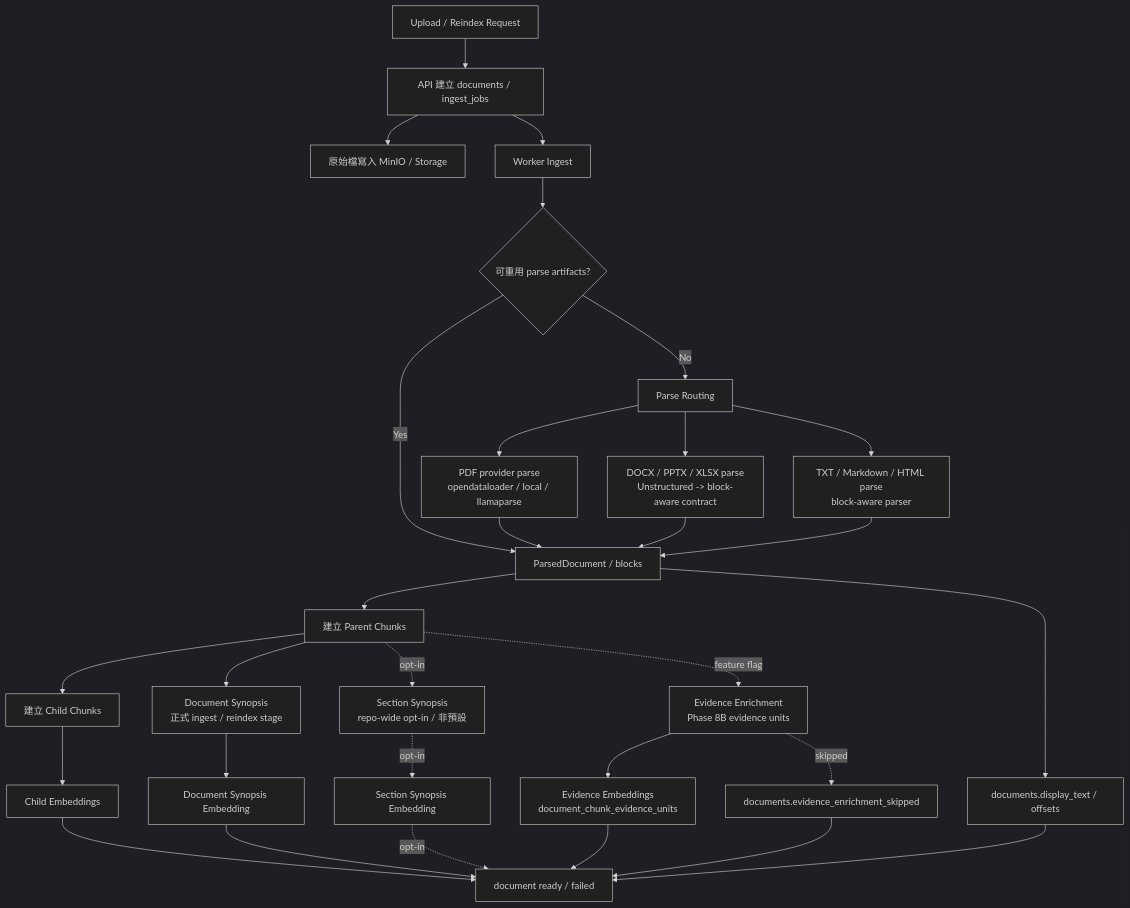
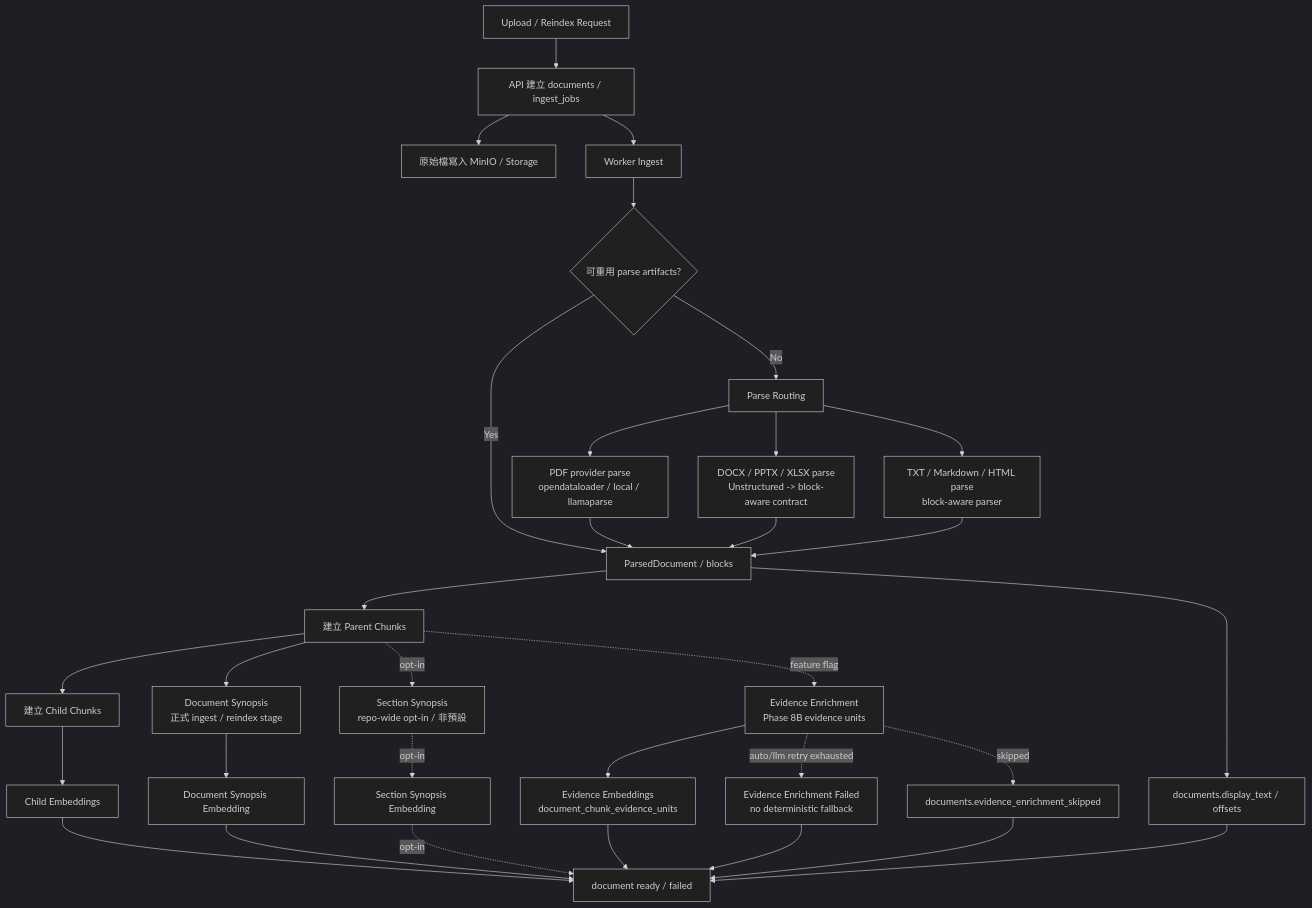
Before and after one commit to jASTARSEVEN/deep-agent-rag-stack: the first of 2 diagrams in ARCHITECTURE.md, drawn with Mermaid (dark theme). The commit also changed other lines of this file and 11 other files, not shown here.

````diff
--- a/ARCHITECTURE.md
+++ b/ARCHITECTURE.md
@@ -95,39 +95,41 @@
 ```mermaid
 flowchart TD
     U["Upload / Reindex Request"] --> API["API 建立 documents / ingest_jobs"]
     API --> OBJ["原始檔寫入 MinIO / Storage"]
     API --> W["Worker Ingest"]
 
     W --> PA{"可重用 parse artifacts?"}
     PA -->|Yes| PD["重建 ParsedDocument"]
     PA -->|No| PR["Parse Routing"]
 
     PR --> PDF["PDF provider parse<br/>opendataloader / local / llamaparse"]
     PR --> OFFICE["DOCX / PPTX / XLSX parse<br/>Unstructured -> block-aware contract"]
     PR --> TEXT["TXT / Markdown / HTML parse<br/>block-aware parser"]
 
     PDF --> PD
     OFFICE --> PD
     TEXT --> PD
 
     PD["ParsedDocument / blocks"] --> PC["建立 Parent Chunks"]
     PC --> CC["建立 Child Chunks"]
     PC --> DS["Document Synopsis<br/>正式 ingest / reindex stage"]
     PC -. opt-in .-> SS["Section Synopsis<br/>repo-wide opt-in / 非預設"]
     PC -. feature flag .-> EU["Evidence Enrichment<br/>Phase 8B evidence units"]
+    EU -. auto/llm retry exhausted .-> EFAIL["Evidence Enrichment Failed<br/>no deterministic fallback"]
 
     CC --> CE["Child Embeddings"]
     DS --> DE["Document Synopsis Embedding"]
     SS -. opt-in .-> SE["Section Synopsis Embedding"]
     EU --> EE["Evidence Embeddings<br/>document_chunk_evidence_units"]
     EU -. skipped .-> ESKIP["documents.evidence_enrichment_skipped"]
 
     PD --> DT["documents.display_text / offsets"]
 
     CE --> READY["document ready / failed"]
     DE --> READY
     SE -. opt-in .-> READY
     EE --> READY
+    EFAIL --> READY
     ESKIP --> READY
     DT --> READY
 ```
````
